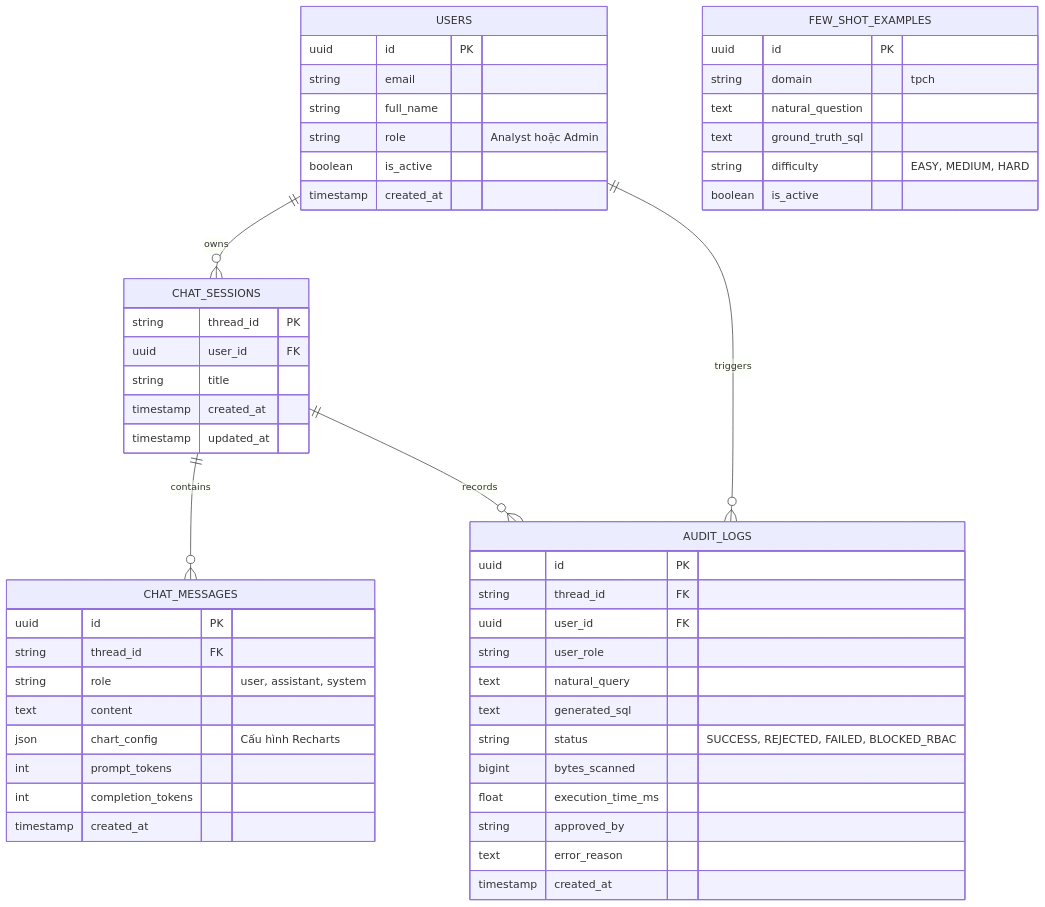
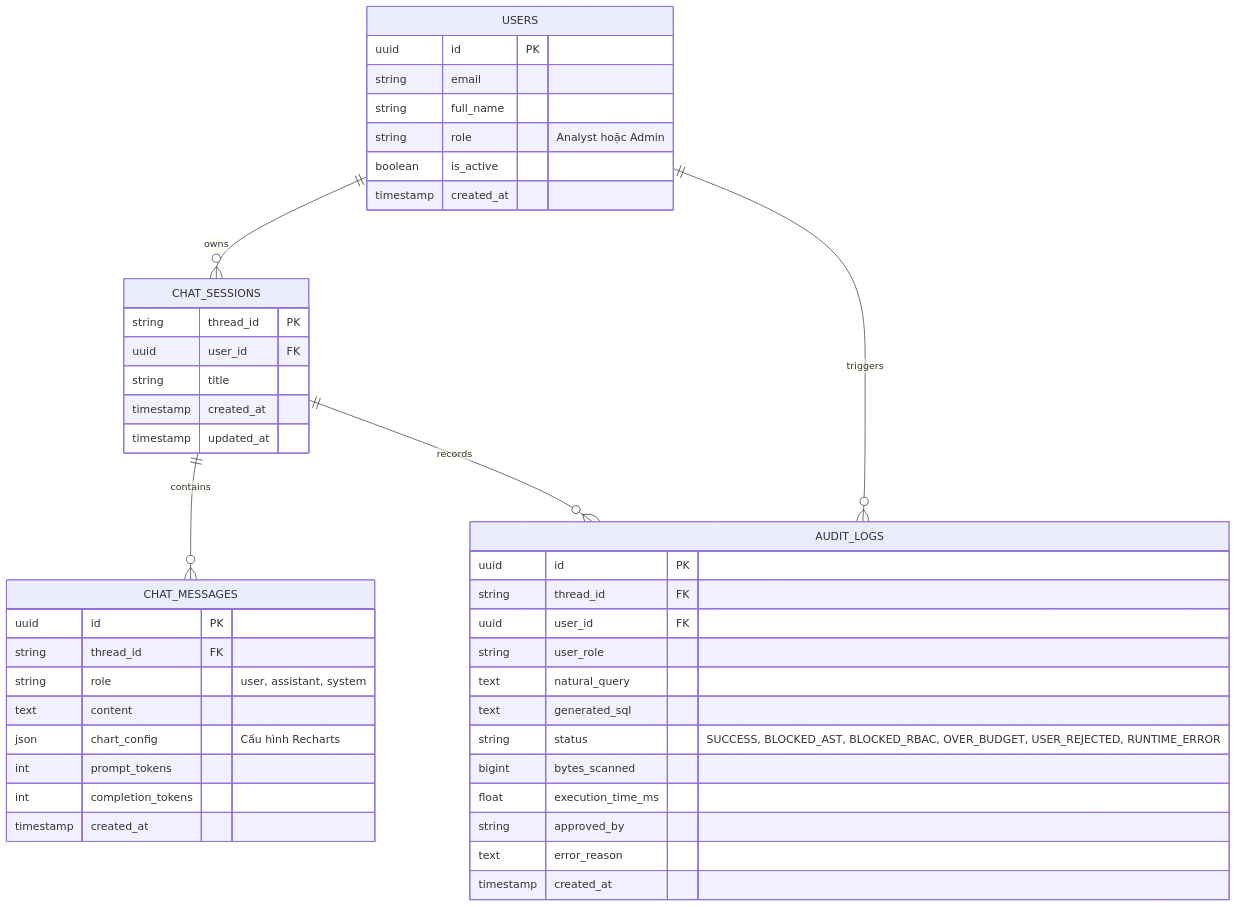
One commit to Bonkaaa/Text2SQL-AI-Agent changed the first of 2 diagrams in docs/DATABASE_SCHEMA.md. Above: the diagram before and after it, drawn with Mermaid. The commit also changed other lines of this file and 10 other files, not shown here.

Commit message:
feat: add TPC-DS schema support, analytics agents, frontend UI components, and evaluation suite

````diff
--- a/docs/DATABASE_SCHEMA.md
+++ b/docs/DATABASE_SCHEMA.md
@@ -25,59 +26,50 @@
 ```mermaid
 erDiagram
     USERS ||--o{ CHAT_SESSIONS : owns
     USERS ||--o{ AUDIT_LOGS : triggers
     CHAT_SESSIONS ||--o{ CHAT_MESSAGES : contains
     CHAT_SESSIONS ||--o{ AUDIT_LOGS : records
 
     USERS {
         uuid id PK
         string email
         string full_name
         string role "Analyst hoặc Admin"
         boolean is_active
         timestamp created_at
     }
 
     CHAT_SESSIONS {
         string thread_id PK
         uuid user_id FK
         string title
         timestamp created_at
         timestamp updated_at
     }
 
     CHAT_MESSAGES {
         uuid id PK
         string thread_id FK
         string role "user, assistant, system"
         text content
         json chart_config "Cấu hình Recharts"
         int prompt_tokens
         int completion_tokens
         timestamp created_at
     }
 
     AUDIT_LOGS {
         uuid id PK
         string thread_id FK
         uuid user_id FK
         string user_role
         text natural_query
         text generated_sql
-        string status "SUCCESS, REJECTED, FAILED, BLOCKED_RBAC"
+        string status "SUCCESS, BLOCKED_AST, BLOCKED_RBAC, OVER_BUDGET, USER_REJECTED, RUNTIME_ERROR"
         bigint bytes_scanned
         float execution_time_ms
         string approved_by
         text error_reason
         timestamp created_at
     }
-
-    FEW_SHOT_EXAMPLES {
-        uuid id PK
-        string domain "tpch"
-        text natural_question
-        text ground_truth_sql
-        string difficulty "EASY, MEDIUM, HARD"
-        boolean is_active
-    }
 ```
````
